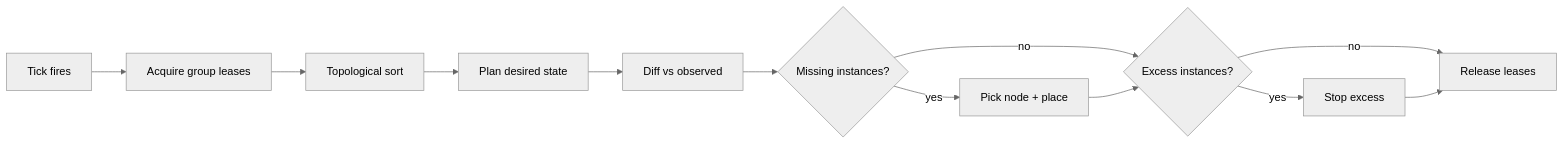
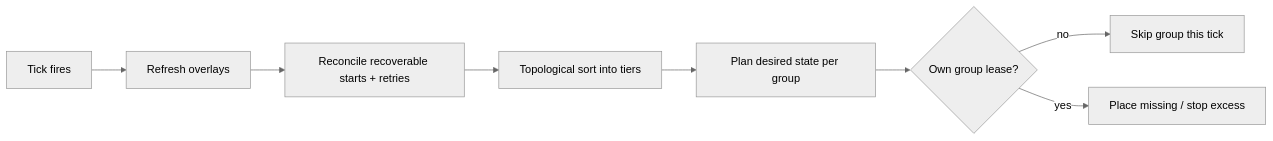
Before and after one commit to PrexorJustin/prexorcloud: the diagram in docs/public/en/concepts/scheduling-and-scaling.md, drawn with Mermaid (neutral theme). The commit also changed other lines of this file and 20 other files, not shown here.

````diff
--- a/docs/public/en/concepts/scheduling-and-scaling.md
+++ b/docs/public/en/concepts/scheduling-and-scaling.md
@@ -47,14 +32,10 @@
 ```mermaid
 flowchart LR
-  Tick[Tick fires] --> Lease[Acquire group leases]
-  Lease --> Topo[Topological sort]
-  Topo --> Plan[Plan desired state]
-  Plan --> Diff[Diff vs observed]
-  Diff --> Up{Missing instances?}
-  Up -- yes --> Place[Pick node + place]
-  Up -- no --> Down{Excess instances?}
-  Place --> Down
-  Down -- yes --> Stop[Stop excess]
-  Down -- no --> Done[Release leases]
-  Stop --> Done
+  Tick[Tick fires] --> Refresh[Refresh overlays]
+  Refresh --> Recover[Reconcile recoverable starts + retries]
+  Recover --> Topo[Topological sort into tiers]
+  Topo --> Plan[Plan desired state per group]
+  Plan --> Lease{Own group lease?}
+  Lease -- no --> Skip[Skip group this tick]
+  Lease -- yes --> Exec[Place missing / stop excess]
 ```
````
